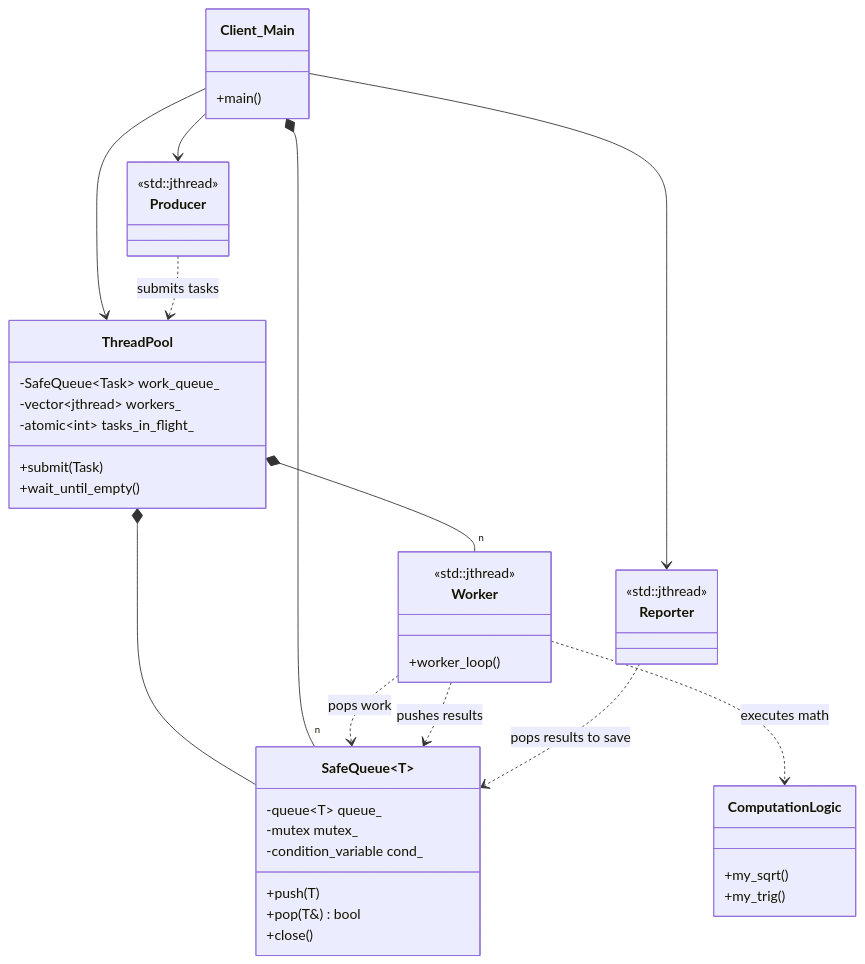
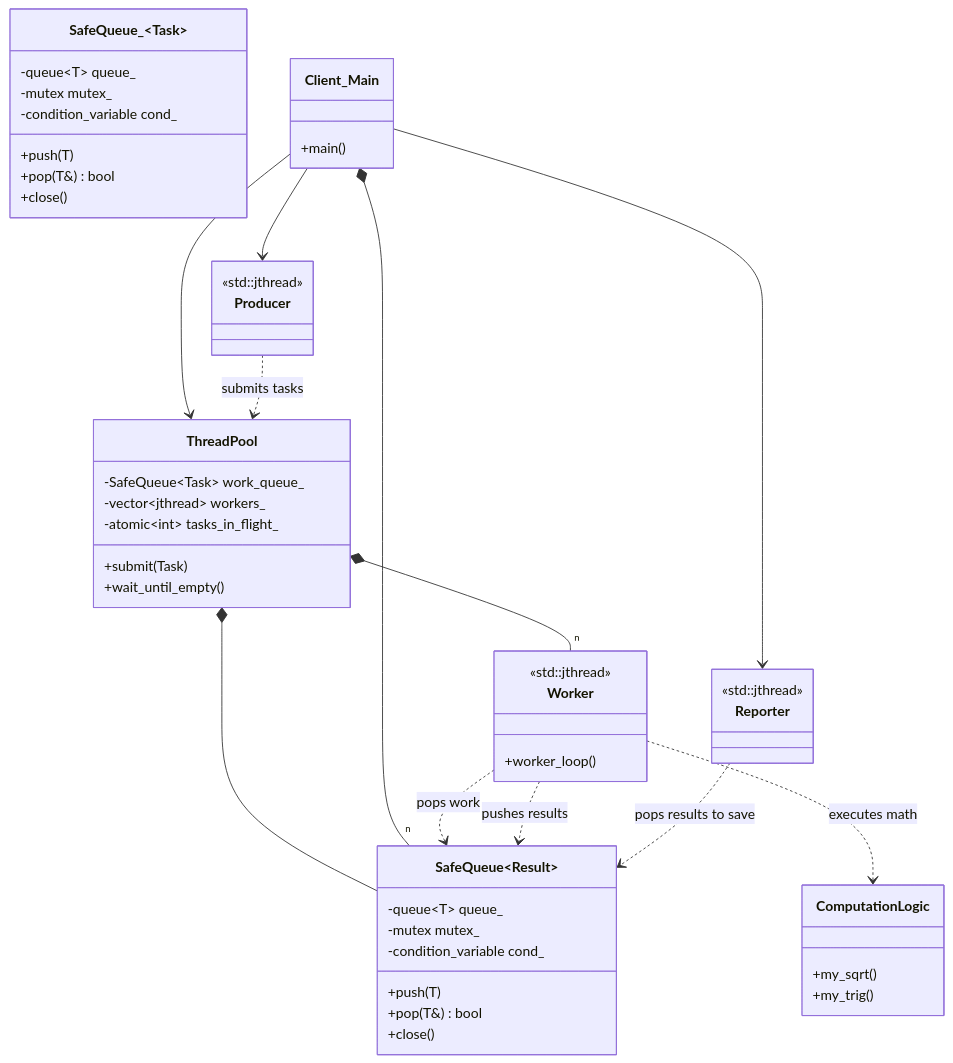
One commit to MarioGalindoQ/Modern-CPP-Design-Patterns changed the diagram in 34_ThreadPool/README.md. Above: the diagram before and after it, drawn with Mermaid. The commit also changed 1 other file, not shown here.

Commit message:
Improve UML

````diff
--- a/34_ThreadPool/README.md
+++ b/34_ThreadPool/README.md
@@ -70,58 +70,67 @@
 ```mermaid
 classDiagram
-   class SafeQueue ~T~ {
+   class SafeQueue_~Task~ {
+      -queue~T~ queue_
+      -mutex mutex_
+      -condition_variable cond_
+      +push(T)
+      +pop(T&) bool
+      +close()
+   }
+
+   class SafeQueue~Result~ {
       -queue~T~ queue_
       -mutex mutex_
       -condition_variable cond_
       +push(T)
       +pop(T&) bool
       +close()
    }
 
    class ThreadPool {
       -SafeQueue~Task~ work_queue_
       -vector~jthread~ workers_
       -atomic~int~ tasks_in_flight_
       +submit(Task)
       +wait_until_empty()
    }
 
    class Worker {
       <<std::jthread>>
       +worker_loop()
    }
 
    class Client_Main {
       +main()
    }
 
    class Producer {
       <<std::jthread>>
    }
 
    class Reporter {
       <<std::jthread>>
    }
 
    class ComputationLogic {
       +my_sqrt()
       +my_trig()
    }
 
    %% The Pool owns its internal components
    ThreadPool *-- SafeQueue~Task~
    ThreadPool *-- "n" Worker
 
    %% The Client (Main) creates the high-level infrastructure
    Client_Main --> ThreadPool
    Client_Main --> Producer
    Client_Main --> Reporter
    Client_Main *-- "n" SafeQueue~Result~
 
    %% Operational dependencies
    Producer ..> ThreadPool : submits tasks
    Worker ..> SafeQueue~T~ : pops work
    Worker ..> ComputationLogic : executes math
    Worker ..> SafeQueue~T~ : pushes results
    Reporter ..> SafeQueue~T~ : pops results to save
 ```
````
